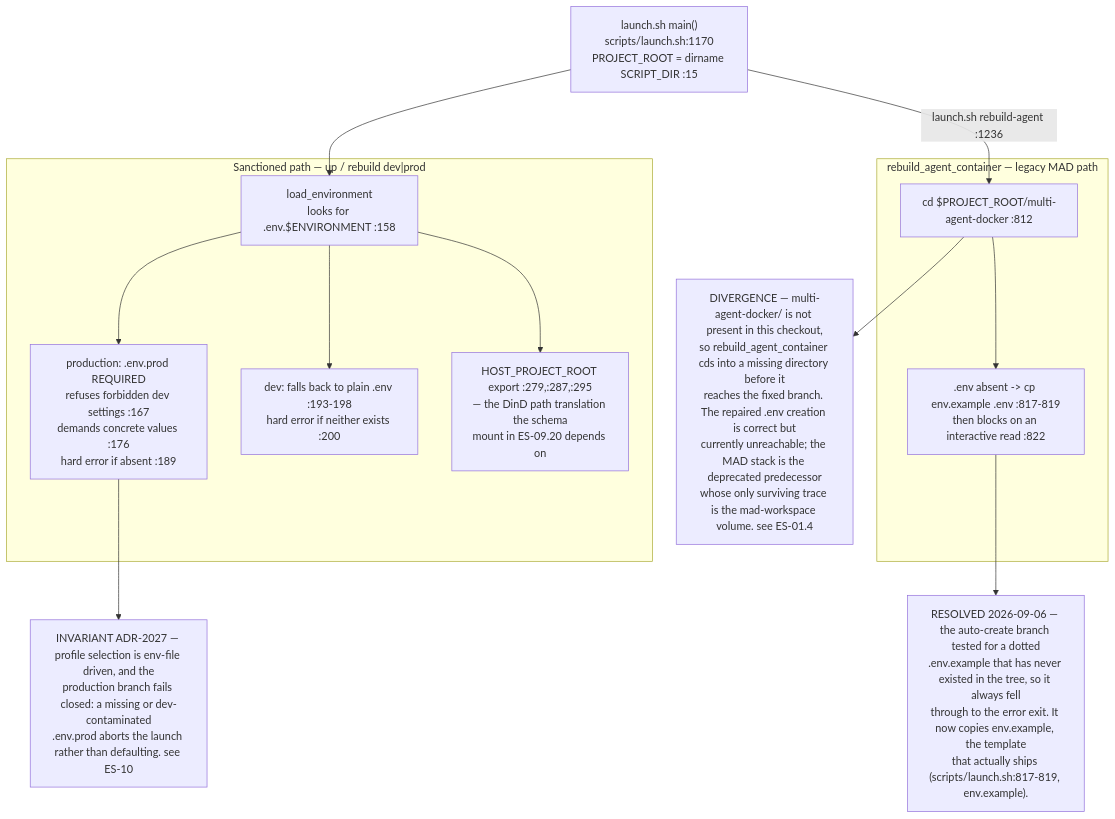
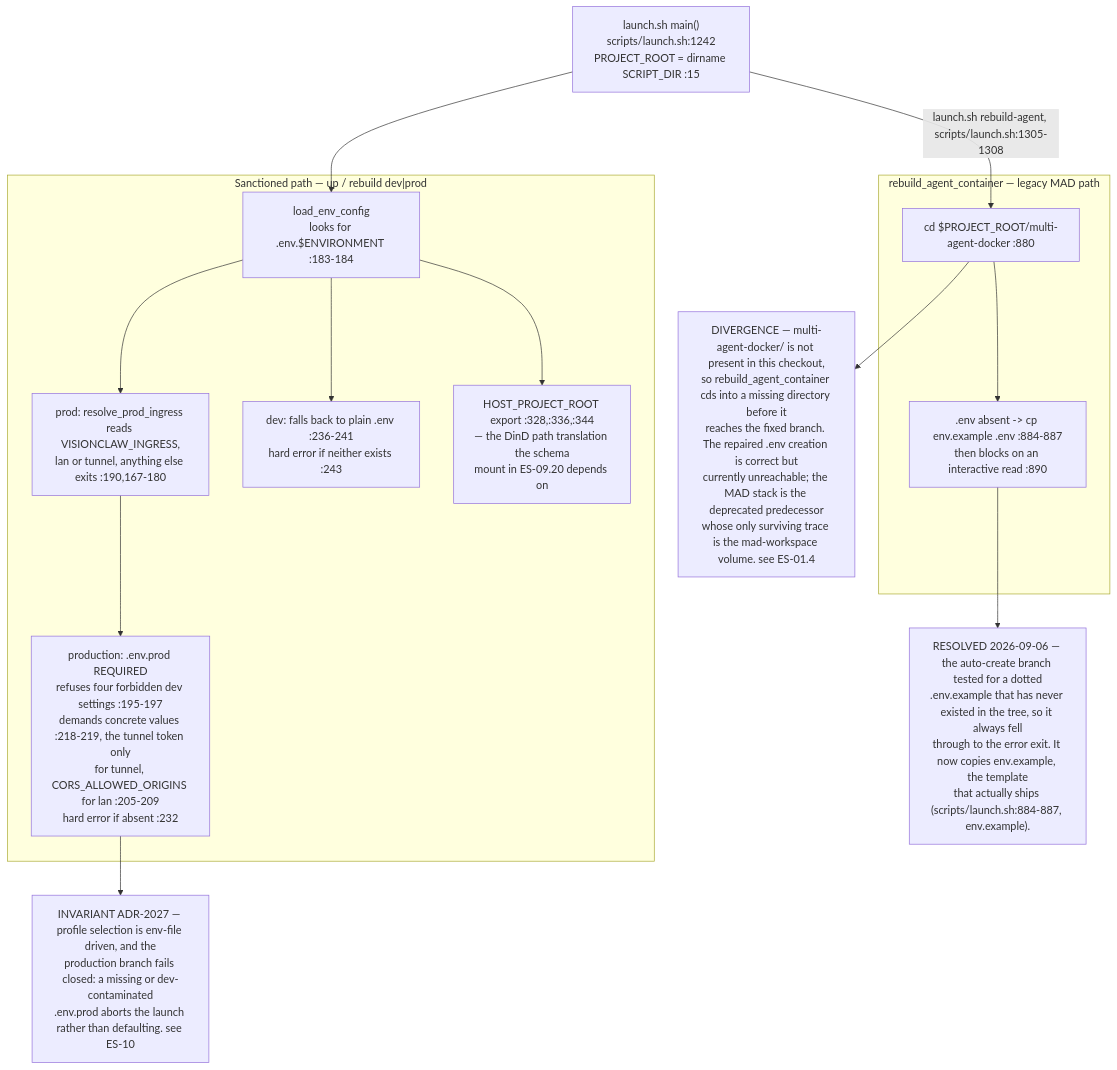
Before and after one commit to DreamLab-AI/VisionFlow: diagram 21 of 23 in docs/diagrams/estate/09-build-deploy-and-ci-estate.md, drawn with Mermaid. The commit also changed other lines of this file and 31 other files, not shown here.

````diff
--- a/docs/diagrams/estate/09-build-deploy-and-ci-estate.md
+++ b/docs/diagrams/estate/09-build-deploy-and-ci-estate.md
@@ -668,30 +683,31 @@
 ```mermaid
 flowchart TB
-    START["launch.sh main()<br/>scripts/launch.sh:1170<br/>PROJECT_ROOT = dirname SCRIPT_DIR :15"]
+    START["launch.sh main()<br/>scripts/launch.sh:1242<br/>PROJECT_ROOT = dirname SCRIPT_DIR :15"]
 
     subgraph SANCTIONED["Sanctioned path — up / rebuild dev|prod"]
-        LOADENV["load_environment<br/>looks for .env.$ENVIRONMENT :158"]
-        PRODREQ["production: .env.prod REQUIRED<br/>refuses forbidden dev settings :167<br/>demands concrete values :176<br/>hard error if absent :189"]
-        DEVFALL["dev: falls back to plain .env :193-198<br/>hard error if neither exists :200"]
-        HPR["HOST_PROJECT_ROOT export :279,:287,:295<br/>— the DinD path translation the schema<br/>mount in ES-09.20 depends on"]
+        LOADENV["load_env_config<br/>looks for .env.$ENVIRONMENT :183-184"]
+        INGR["prod: resolve_prod_ingress reads VISIONCLAW_INGRESS,<br/>lan or tunnel, anything else exits :190,167-180"]
+        PRODREQ["production: .env.prod REQUIRED<br/>refuses four forbidden dev settings :195-197<br/>demands concrete values :218-219, the tunnel token only<br/>for tunnel, CORS_ALLOWED_ORIGINS for lan :205-209<br/>hard error if absent :232"]
+        DEVFALL["dev: falls back to plain .env :236-241<br/>hard error if neither exists :243"]
+        HPR["HOST_PROJECT_ROOT export :328,:336,:344<br/>— the DinD path translation the schema<br/>mount in ES-09.20 depends on"]
     end
 
     subgraph LEGACY["rebuild_agent_container — legacy MAD path"]
-        CD["cd $PROJECT_ROOT/multi-agent-docker :812"]
-        MK[".env absent -> cp env.example .env :817-819<br/>then blocks on an interactive read :822"]
+        CD["cd $PROJECT_ROOT/multi-agent-docker :880"]
+        MK[".env absent -> cp env.example .env :884-887<br/>then blocks on an interactive read :890"]
     end
 
     START --> LOADENV
-    LOADENV --> PRODREQ
+    LOADENV --> INGR --> PRODREQ
     LOADENV --> DEVFALL
     LOADENV --> HPR
-    START -->|"launch.sh rebuild-agent :1236"| CD --> MK
+    START -->|"launch.sh rebuild-agent, scripts/launch.sh:1305-1308"| CD --> MK
 
-    FIX["RESOLVED 2026-09-06 — the auto-create branch tested for a dotted<br/>.env.example that has never existed in the tree, so it always fell<br/>through to the error exit. It now copies env.example, the template<br/>that actually ships (scripts/launch.sh:817-819, env.example)."]
+    FIX["RESOLVED 2026-09-06 — the auto-create branch tested for a dotted<br/>.env.example that has never existed in the tree, so it always fell<br/>through to the error exit. It now copies env.example, the template<br/>that actually ships (scripts/launch.sh:884-887, env.example)."]
     DIV["DIVERGENCE — multi-agent-docker/ is not present in this checkout,<br/>so rebuild_agent_container cds into a missing directory before it<br/>reaches the fixed branch. The repaired .env creation is correct but<br/>currently unreachable; the MAD stack is the deprecated predecessor<br/>whose only surviving trace is the mad-workspace volume. see ES-01.4"]
     INV["INVARIANT ADR-2027 — profile selection is env-file driven, and the<br/>production branch fails closed: a missing or dev-contaminated<br/>.env.prod aborts the launch rather than defaulting. see ES-10"]
 
     MK --> FIX
     CD --> DIV
     PRODREQ --> INV
 ```
````
